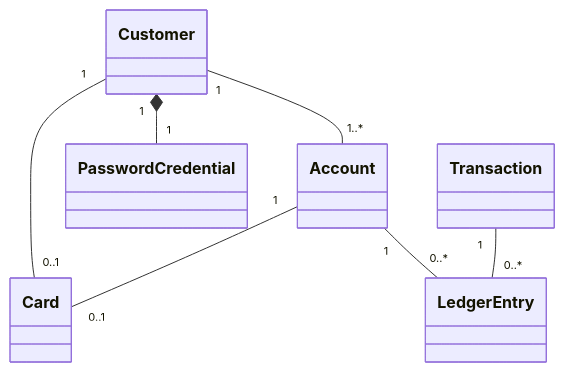
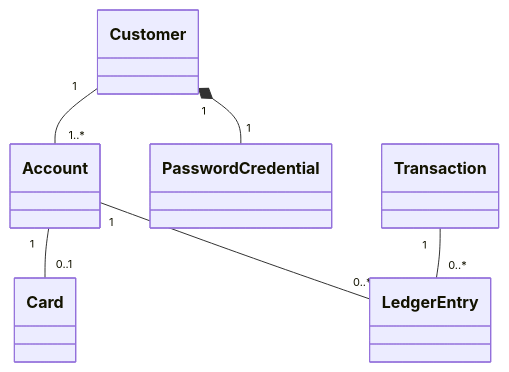
One commit to AyanleDeeq1/digital-banking-system changed the diagram in docs/domain-model.md. Above: the diagram before and after it, drawn with Mermaid. The commit also changed other lines of this file and 22 other files, not shown here.

````diff
--- a/docs/domain-model.md
+++ b/docs/domain-model.md
@@ -5,9 +8,8 @@
 ```mermaid
 classDiagram
     Customer "1" -- "1..*" Account
     Customer "1" *-- "1" PasswordCredential
-    Customer "1" -- "0..1" Card
     Account "1" -- "0..1" Card
     Account "1" -- "0..*" LedgerEntry
     Transaction "1" -- "0..*" LedgerEntry
 ```
````
